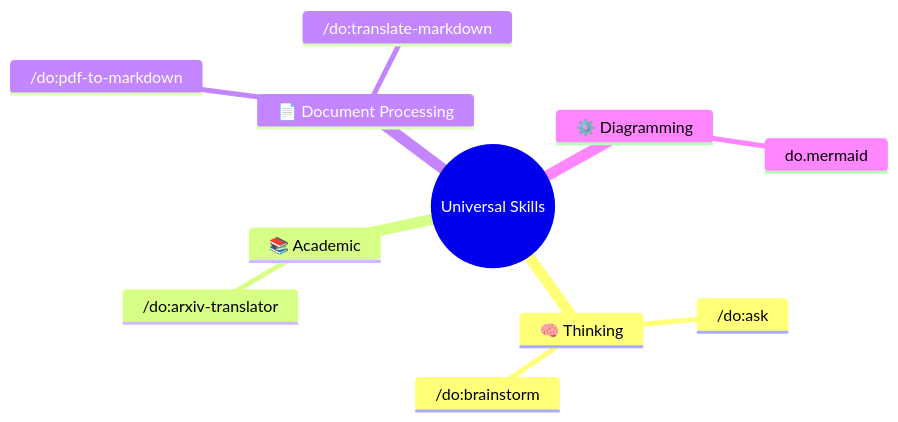
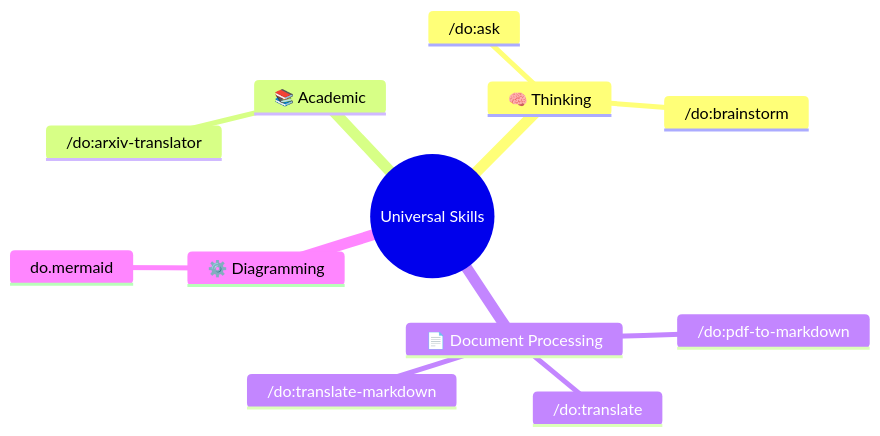
Before and after one commit to dull-bird/DeepOrbit: the third of 8 diagrams in README.md, drawn with Mermaid. The commit also changed other lines of this file and 9 other files, not shown here.

````diff
--- a/README.md
+++ b/README.md
@@ -124,14 +124,15 @@
 ```mermaid
 mindmap
   root((Universal Skills))
     🧠 Thinking
       /do:ask
       /do:brainstorm
     📚 Academic
       /do:arxiv-translator
     📄 Document Processing
       /do:pdf-to-markdown
       /do:translate-markdown
+      /do:translate
     ⚙️ Diagramming
       do.mermaid
 ```
````
